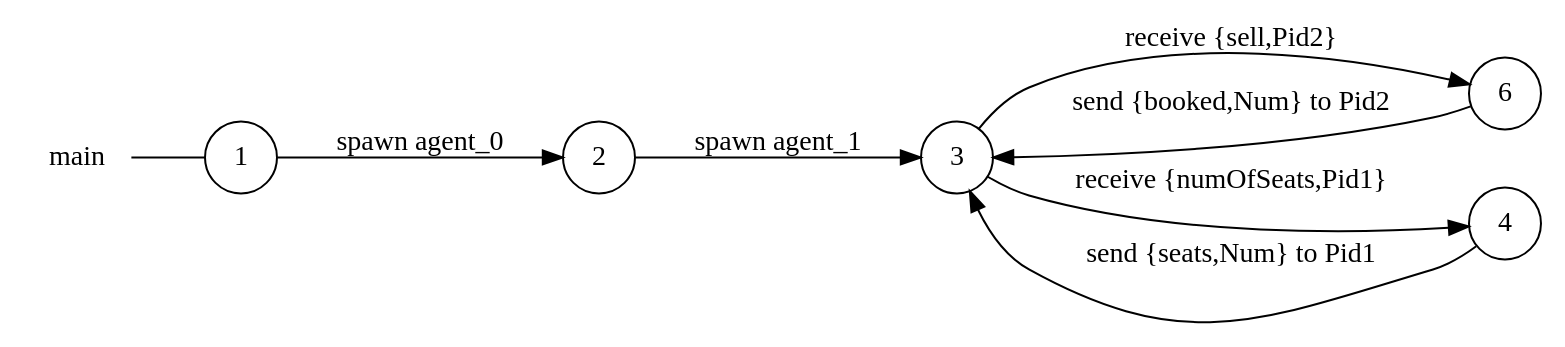
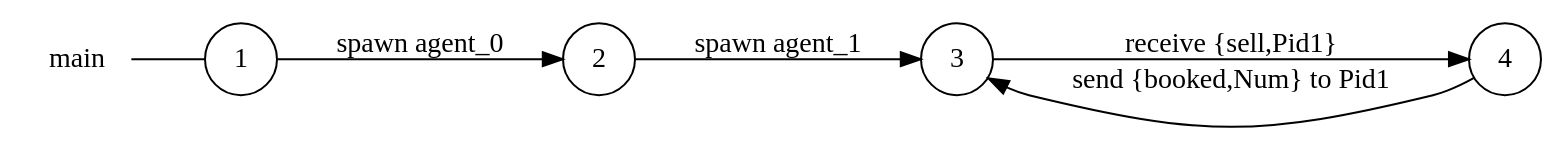
Before and after one commit to gabrielegenovese/chorer: the diagram in examples/airline/main_local_view.dot, drawn with Graphviz. The commit also changed 12 other files, not shown here.

```diff
--- a/examples/airline/main_local_view.dot
+++ b/examples/airline/main_local_view.dot
@@ -1,17 +1,14 @@
 digraph main {
 	rankdir="LR";
 	n_0 [label="main", shape="plaintext"];
-	n_1 [id="6", shape=circle, label="6"];
-	n_2 [id="1", shape=circle, label="1"];
-	n_0 -> n_2 [arrowhead=none];
-	n_3 [id="2", shape=circle, label="2"];
-	n_4 [id="4", shape=circle, label="4"];
-	n_5 [id="3", shape=circle, label="3"];
+	n_1 [id="1", shape=circle, label="1"];
+	n_0 -> n_1 [arrowhead=none];
+	n_2 [id="2", shape=circle, label="2"];
+	n_3 [id="4", shape=circle, label="3"];
+	n_4 [id="3", shape=circle, label="4"];
 
-	n_3 -> n_5 [id="[$e|1]", label="spawn agent_1"];
-	n_1 -> n_5 [id="[$e|12]", label="send {booked,Num} to Pid2"];
-	n_5 -> n_4 [id="[$e|0]", label="receive {numOfSeats,Pid1}"];
-	n_2 -> n_3 [id="[$e|2]", label="spawn agent_0"];
-	n_5 -> n_1 [id="[$e|7]", label="receive {sell,Pid2}"];
-	n_4 -> n_5 [id="[$e|11]", label="send {seats,Num} to Pid1"];
+	n_2 -> n_3 [id="[$e|5]", label="spawn agent_1"];
+	n_4 -> n_3 [id="[$e|4]", label="send {booked,Num} to Pid1"];
+	n_1 -> n_2 [id="[$e|0]", label="spawn agent_0"];
+	n_3 -> n_4 [id="[$e|2]", label="receive {sell,Pid1}"];
 }
```
